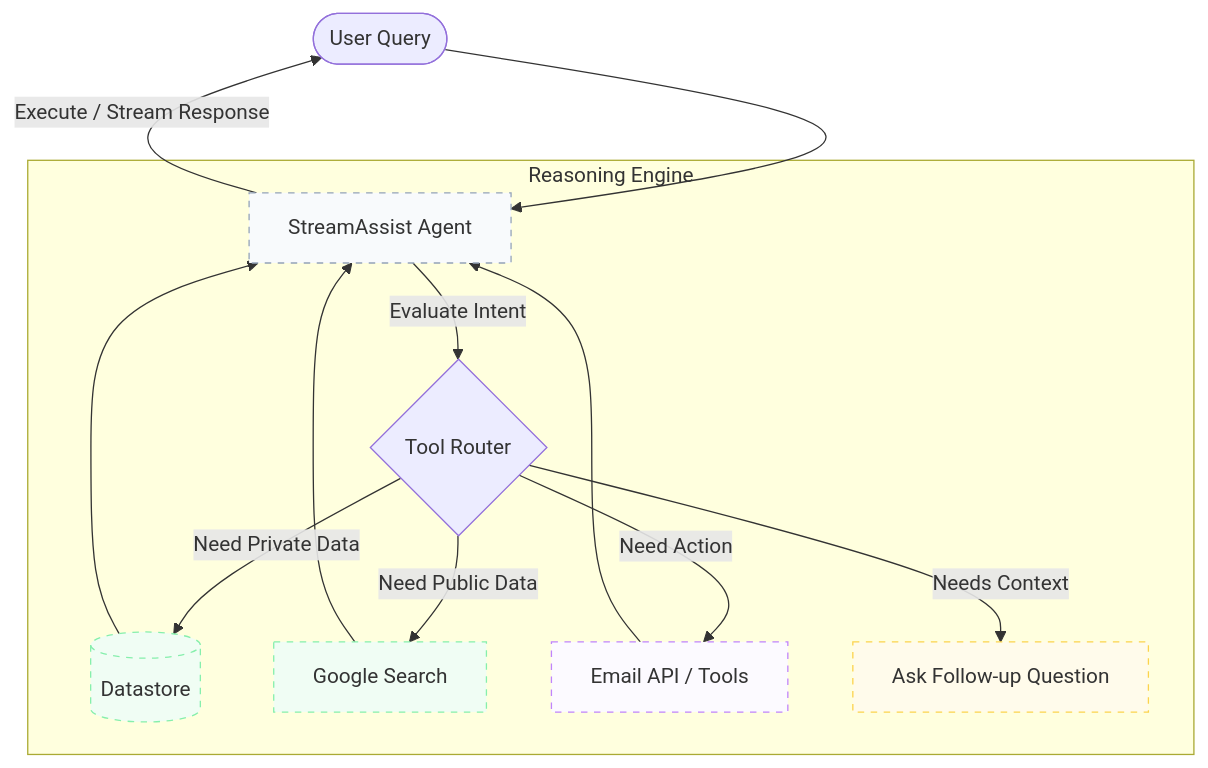
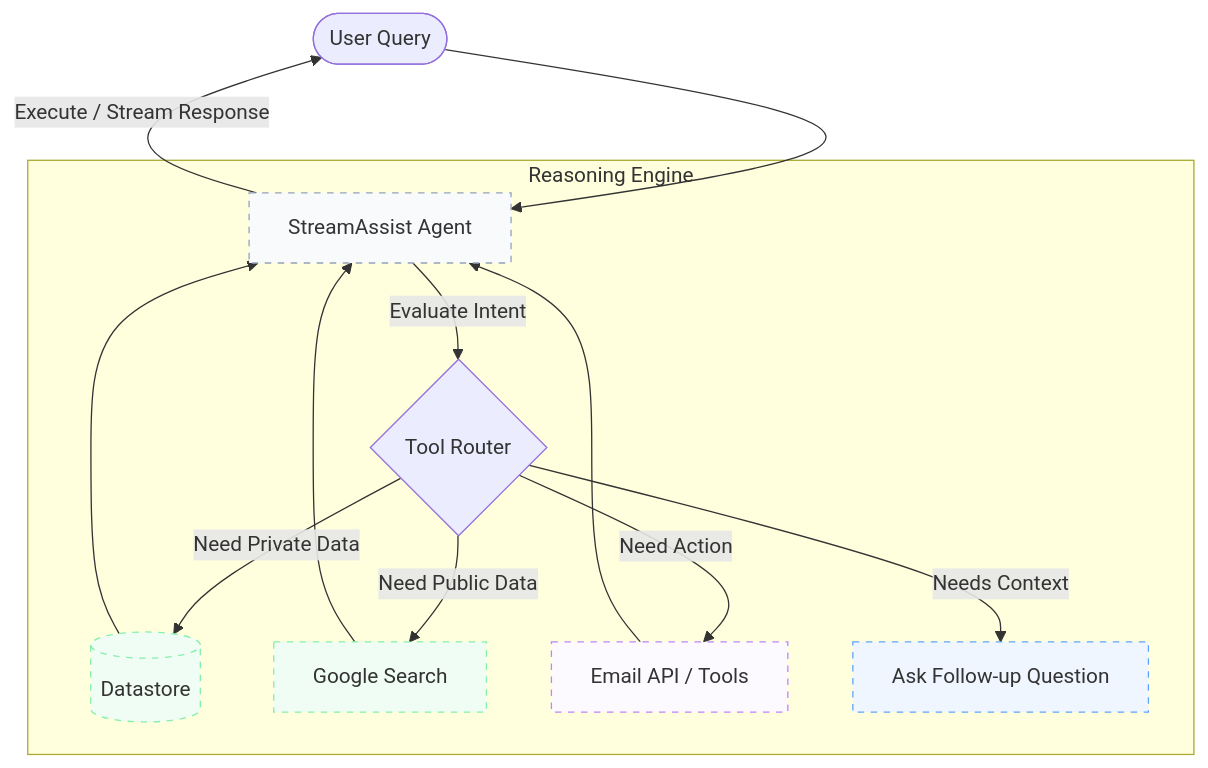
The second of 2 diagrams in gemini-cli/ge_api_lab/README.md (jchavezar/vertex-ai-samples), drawn with Mermaid before and after one commit.

Commit message:
docs(ge_api_lab): update mermaid diagram colors for better visual consistency

````diff
--- a/gemini-cli/ge_api_lab/README.md
+++ b/gemini-cli/ge_api_lab/README.md
@@ -52,24 +52,24 @@
 ```mermaid
 graph TD
     User([User Query]) --> Agent[StreamAssist Agent]
     
     subgraph Reasoning Engine
         Agent -->|Evaluate Intent| Router{Tool Router}
         Router -->|Need Private Data| DS[(Datastore)]
         Router -->|Need Public Data| Web[Google Search]
         Router -->|Need Action| Tool[Email API / Tools]
         Router -->|Needs Context| AskBack[Ask Follow-up Question]
     end
     
     DS --> Agent
     Web --> Agent
     Tool --> Agent
     
     Agent -->|Execute / Stream Response| User
 
     style Agent fill:#f8fafc,stroke:#94a3b8,stroke-width:1px,stroke-dasharray: 5 5
     style DS fill:#f0fdf4,stroke:#86efac,stroke-width:1px,stroke-dasharray: 5 5
     style Web fill:#f0fdf4,stroke:#86efac,stroke-width:1px,stroke-dasharray: 5 5
     style Tool fill:#fcfaff,stroke:#c084fc,stroke-width:1px,stroke-dasharray: 5 5
-    style AskBack fill:#fffbeb,stroke:#fcd34d,stroke-width:1px,stroke-dasharray: 5 5
+    style AskBack fill:#eff6ff,stroke:#60a5fa,stroke-width:1px,stroke-dasharray: 5 5
 ```
````
